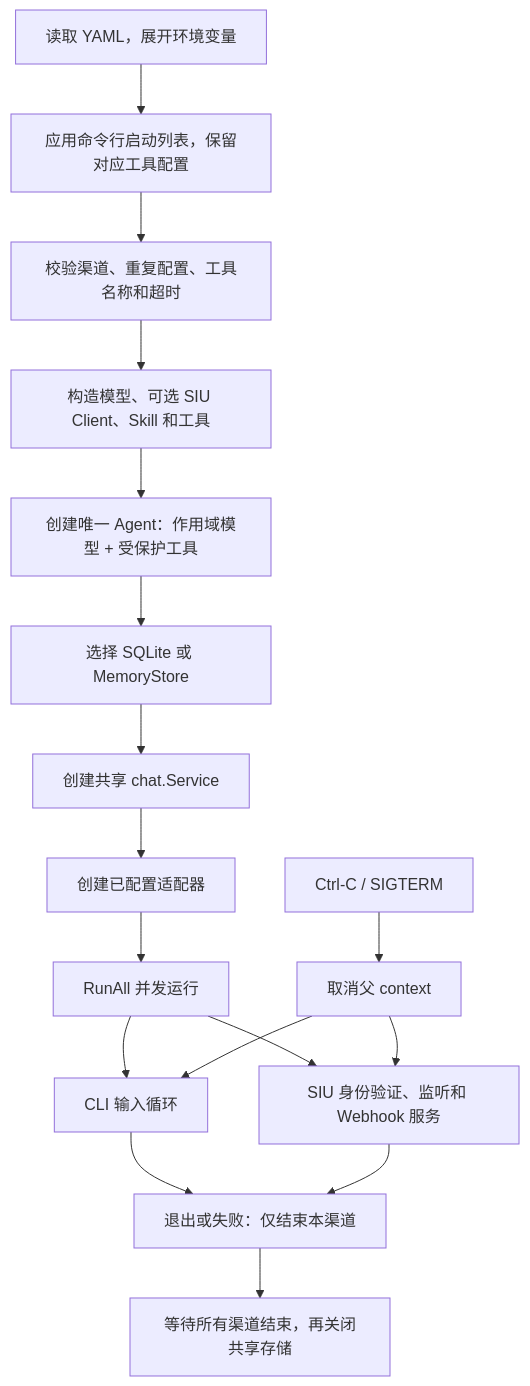
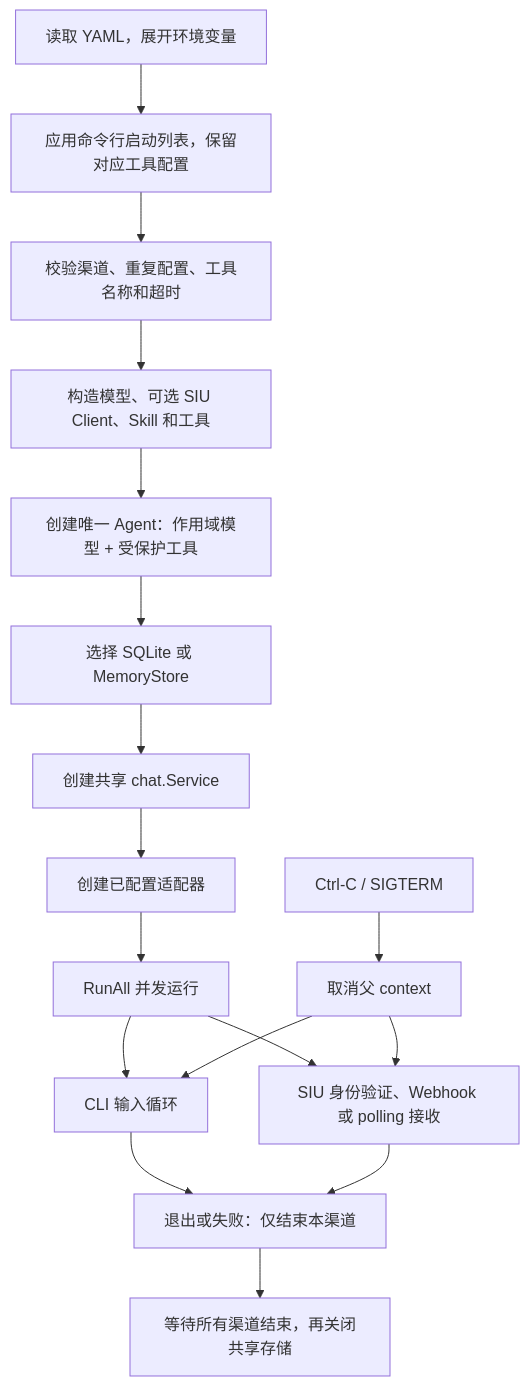
The second of 6 diagrams in docs/architecture.md (111hell/tinkerbot), drawn with Mermaid before and after one commit. The commit also changed other lines of this file and 47 other files, not shown here.

Commit message:
feat(siu): add live polling and expand bot capabilities

````diff
--- a/docs/architecture.md
+++ b/docs/architecture.md
@@ -49,19 +49,19 @@
 ```mermaid
 flowchart TD
     Start["读取 YAML，展开环境变量"] --> Override["应用命令行启动列表，保留对应工具配置"]
     Override --> Validate["校验渠道、重复配置、工具名称和超时"]
     Validate --> Dependencies["构造模型、可选 SIU Client、Skill 和工具"]
     Dependencies --> Agent["创建唯一 Agent：作用域模型 + 受保护工具"]
     Agent --> Store["选择 SQLite 或 MemoryStore"]
     Store --> Service["创建共享 chat.Service"]
     Service --> Adapt["创建已配置适配器"]
     Adapt --> Run["RunAll 并发运行"]
     Run --> CLI["CLI 输入循环"]
-    Run --> SIU["SIU 身份验证、监听和 Webhook 服务"]
+    Run --> SIU["SIU 身份验证、Webhook 或 polling 接收"]
     CLI --> Exit["退出或失败：仅结束本渠道"]
     SIU --> Exit
     Signal["Ctrl-C / SIGTERM"] --> Cancel["取消父 context"]
     Cancel --> CLI
     Cancel --> SIU
     Exit --> Wait["等待所有渠道结束，再关闭共享存储"]
 ```
````
